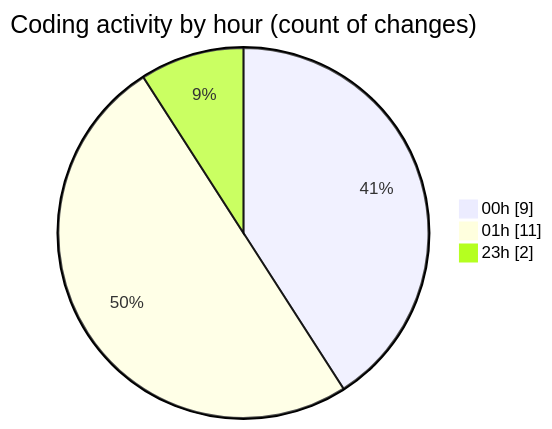
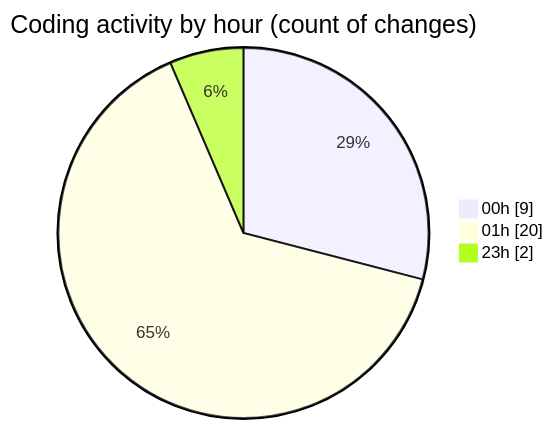
The second of 2 diagrams in 2025-01-31/react/README.md (Elitesun/code-tracking), drawn with Mermaid before and after one commit. The commit also changed other lines of this file and 1 other file, not shown here.

````diff
--- a/2025-01-31/react/README.md
+++ b/2025-01-31/react/README.md
@@ -32,7 +32,7 @@
 ```mermaid
 pie showData
 title Coding activity by hour (count of changes)
 "00h" : 9
-"01h" : 11
+"01h" : 20
 "23h" : 2
 ```
````
